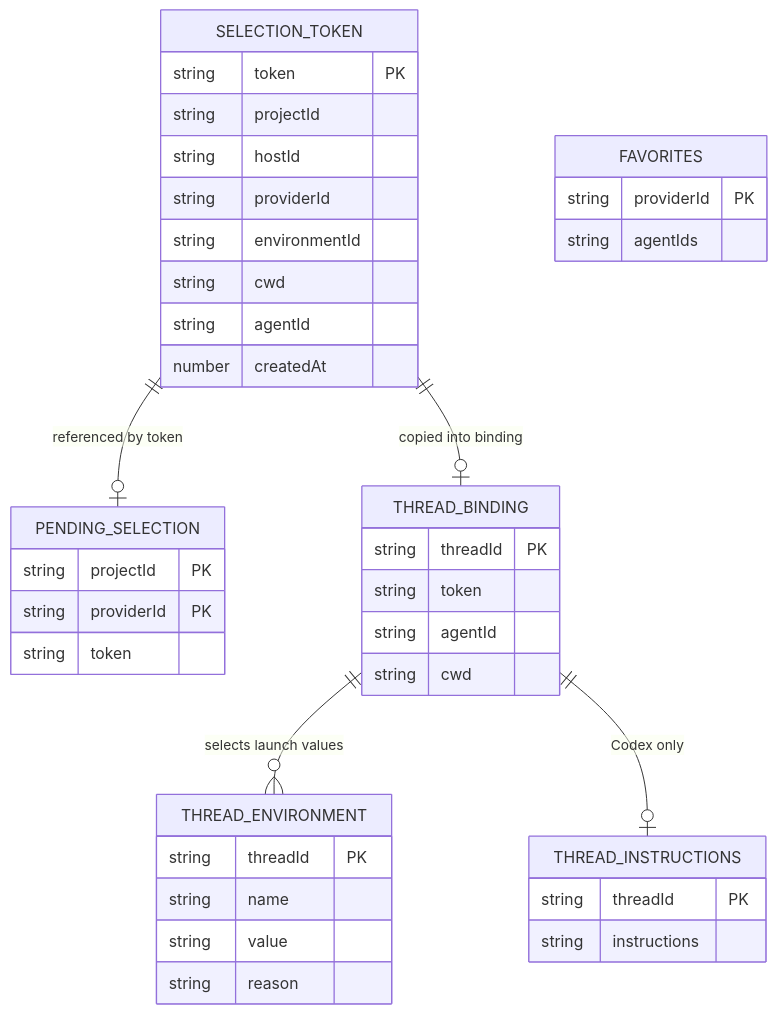
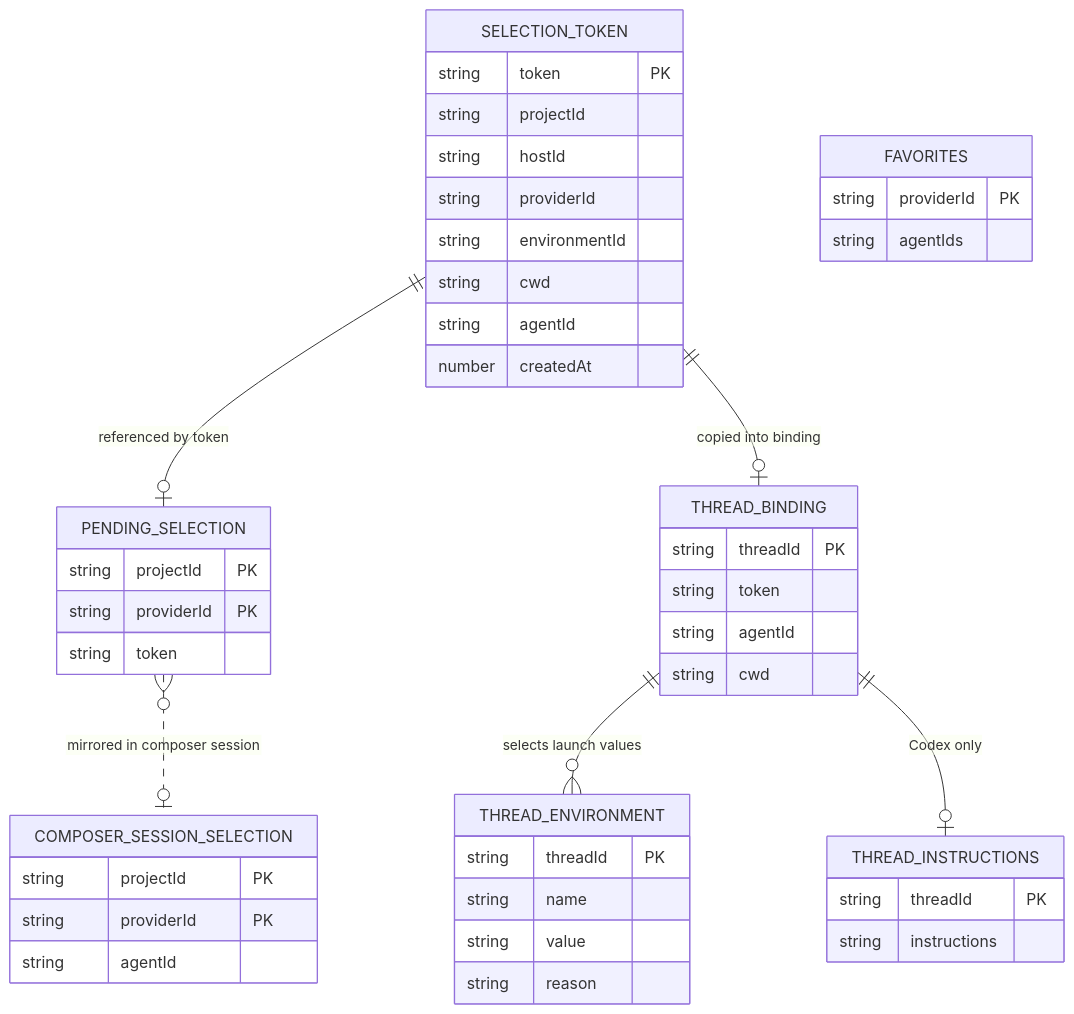
One commit to VKirill/bb-plugin-cli-agents changed the diagram in docs/data-model.md. Above: the diagram before and after it, drawn with Mermaid. The commit also changed other lines of this file and 6 other files, not shown here.

````diff
--- a/docs/data-model.md
+++ b/docs/data-model.md
@@ -25,42 +27,48 @@
 ```mermaid
 erDiagram
   SELECTION_TOKEN {
     string token PK
     string projectId
     string hostId
     string providerId
     string environmentId
     string cwd
     string agentId
     number createdAt
   }
   PENDING_SELECTION {
     string projectId PK
     string providerId PK
     string token
   }
   THREAD_BINDING {
     string threadId PK
     string token
     string agentId
     string cwd
   }
   THREAD_ENVIRONMENT {
     string threadId PK
     string name
     string value
     string reason
   }
   THREAD_INSTRUCTIONS {
     string threadId PK
     string instructions
   }
   FAVORITES {
     string providerId PK
     string agentIds
   }
+  COMPOSER_SESSION_SELECTION {
+    string projectId PK
+    string providerId PK
+    string agentId
+  }
   SELECTION_TOKEN ||--o| PENDING_SELECTION : "referenced by token"
   SELECTION_TOKEN ||--o| THREAD_BINDING : "copied into binding"
   THREAD_BINDING ||--o{ THREAD_ENVIRONMENT : "selects launch values"
   THREAD_BINDING ||--o| THREAD_INSTRUCTIONS : "Codex only"
+  PENDING_SELECTION }o..o| COMPOSER_SESSION_SELECTION : "mirrored in composer session"
 ```
````
